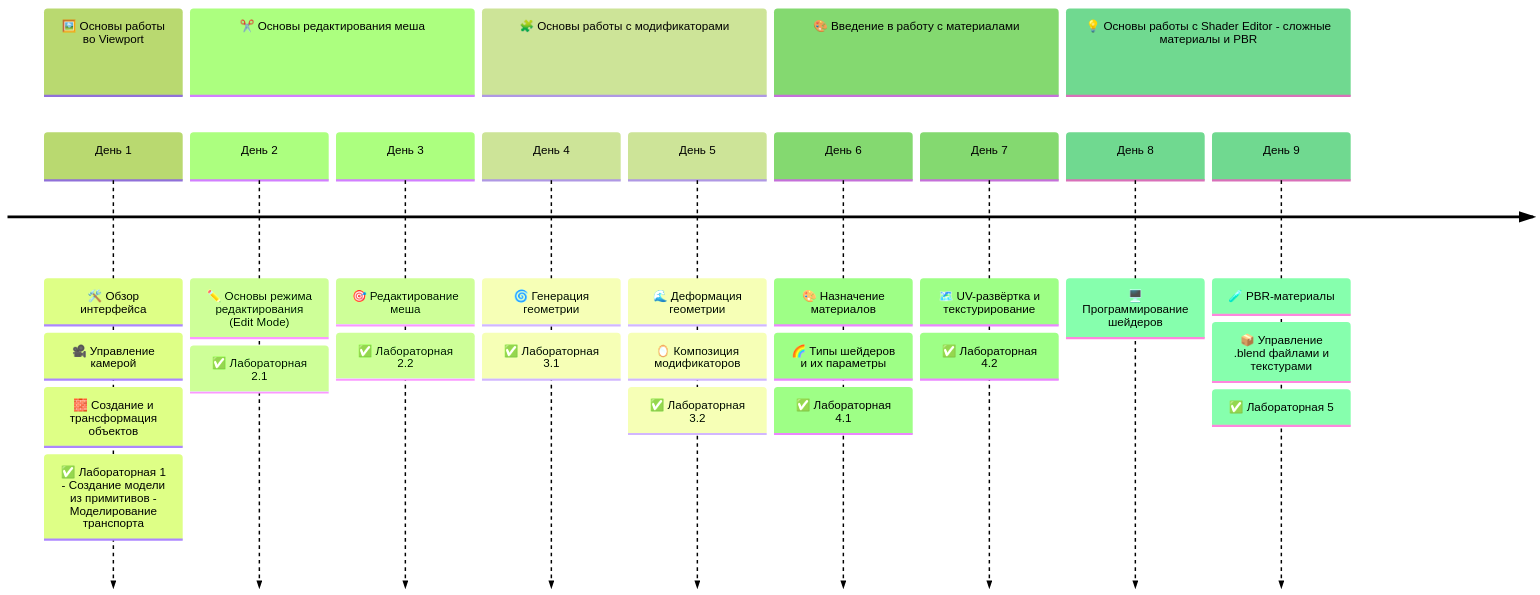
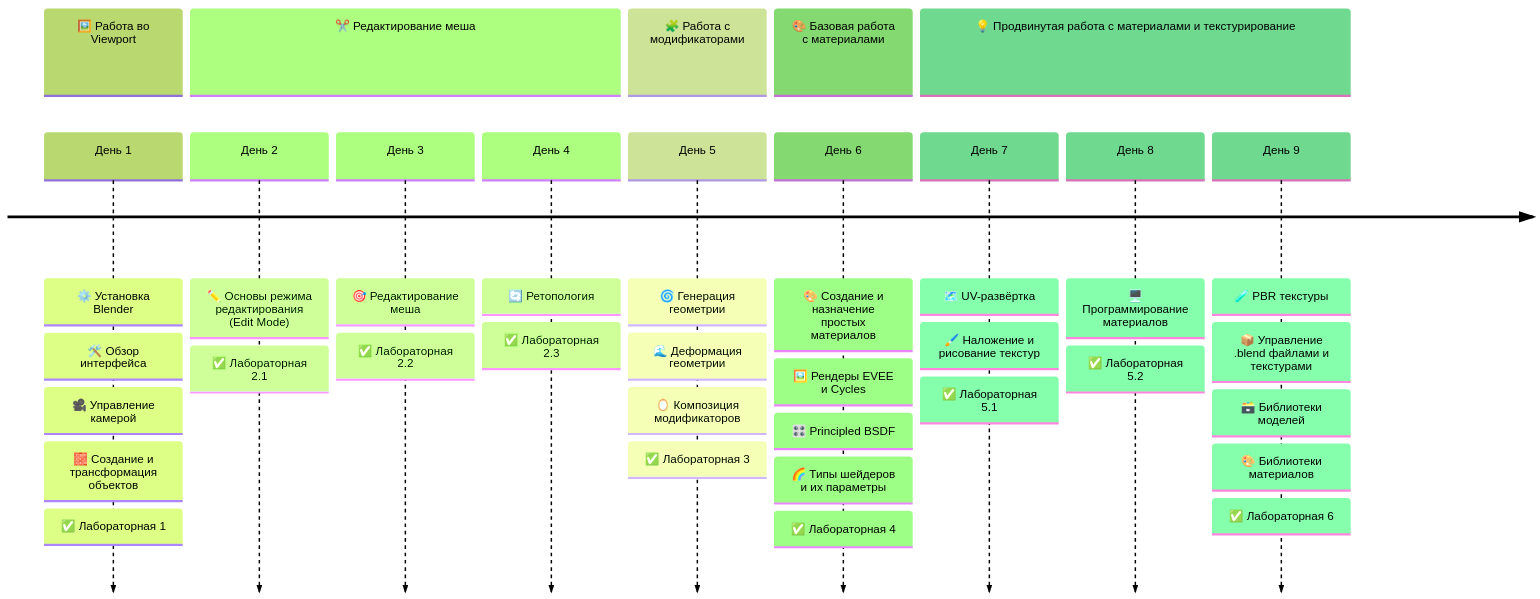
One commit to mvodya/3d-course-blender-2025 changed the first of 2 diagrams in README.md. Above: the diagram before and after it, drawn with Mermaid (forest theme). The commit also changed other lines of this file, not shown here.

````diff
--- a/README.md
+++ b/README.md
@@ -55,26 +71,43 @@
 ```mermaid
 timeline
-    section 🖼️ Основы работы во Viewport
+    section 🖼️ Работа во Viewport
         День 1 :
-            🛠️ Обзор интерфейса : 🎥 Управление камерой : 🧱 Создание и трансформация объектов :
-            ✅ Лабораторная 1 - Создание модели из примитивов - Моделирование транспорта
-    section ✂️ Основы редактирования меша
-        День 2 : ✏️ Основы режима редактирования (Edit Mode) :
+            ⚙️ Установка Blender : 🛠️ Обзор интерфейса : 🎥 Управление камерой : 🧱 Создание и трансформация объектов :
+            ✅ Лабораторная 1
+
+    section ✂️ Редактирование меша
+        День 2 :
+            ✏️ Основы режима редактирования (Edit Mode) :
             ✅ Лабораторная 2.1
-        День 3 : 🎯 Редактирование меша :
+        День 3 :
+            🎯 Редактирование меша :
             ✅ Лабораторная 2.2
-    section 🧩 Основы работы с модификаторами
-        День 4 : 🌀 Генерация геометрии :
-            ✅ Лабораторная 3.1
-        День 5 : 🌊 Деформация геометрии : 🪞 Композиция модификаторов :
-            ✅ Лабораторная 3.2
-    section 🎨 Введение в работу с материалами
-        День 6 : 🎨 Назначение материалов : 🌈 Типы шейдеров и их параметры :
-            ✅ Лабораторная 4.1
-        День 7 : 🗺️ UV-развёртка и текстурирование :
-            ✅ Лабораторная 4.2
-    section 💡 Основы работы с Shader Editor - сложные материалы и PBR
-        День 8 : 🖥️ Программирование шейдеров
-        День 9 : 🧪 PBR-материалы : 📦 Управление .blend файлами и текстурами :
-            ✅ Лабораторная 5
+        День 4 :
+            🔄 Ретопология :
+            ✅ Лабораторная 2.3
+
+    section 🧩 Работа с модификаторами
+        День 5 :
+            🌀 Генерация геометрии :
+            🌊 Деформация геометрии : 🪞 Композиция модификаторов :
+            ✅ Лабораторная 3
+
+    section 🎨 Базовая работа с материалами
+        День 6 :
+            🎨 Создание и назначение простых материалов :
+            🖼️ Рендеры EVEE и Cycles :
+            🎛️ Principled BSDF :
+            🌈 Типы шейдеров и их параметры :
+            ✅ Лабораторная 4
+
+    section 💡 Продвинутая работа с материалами и текстурирование
+        День 7 :
+            🗺️ UV-развёртка : 🖌️ Наложение и рисование текстур :
+            ✅ Лабораторная 5.1
+        День 8 :
+            🖥️ Программирование материалов :
+            ✅ Лабораторная 5.2
+        День 9 :
+            🧪 PBR текстуры : 📦 Управление .blend файлами и текстурами : 🗃️ Библиотеки моделей : 🎨 Библиотеки материалов :
+            ✅ Лабораторная 6
 ```
````
